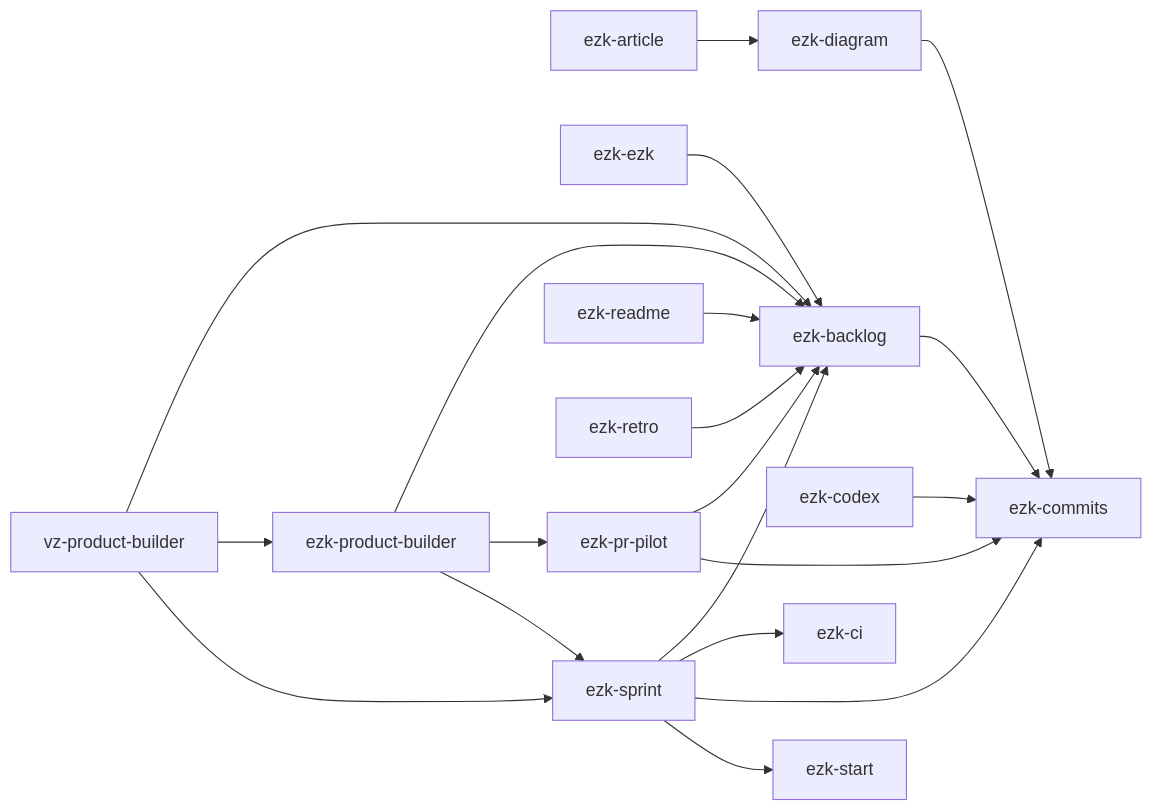
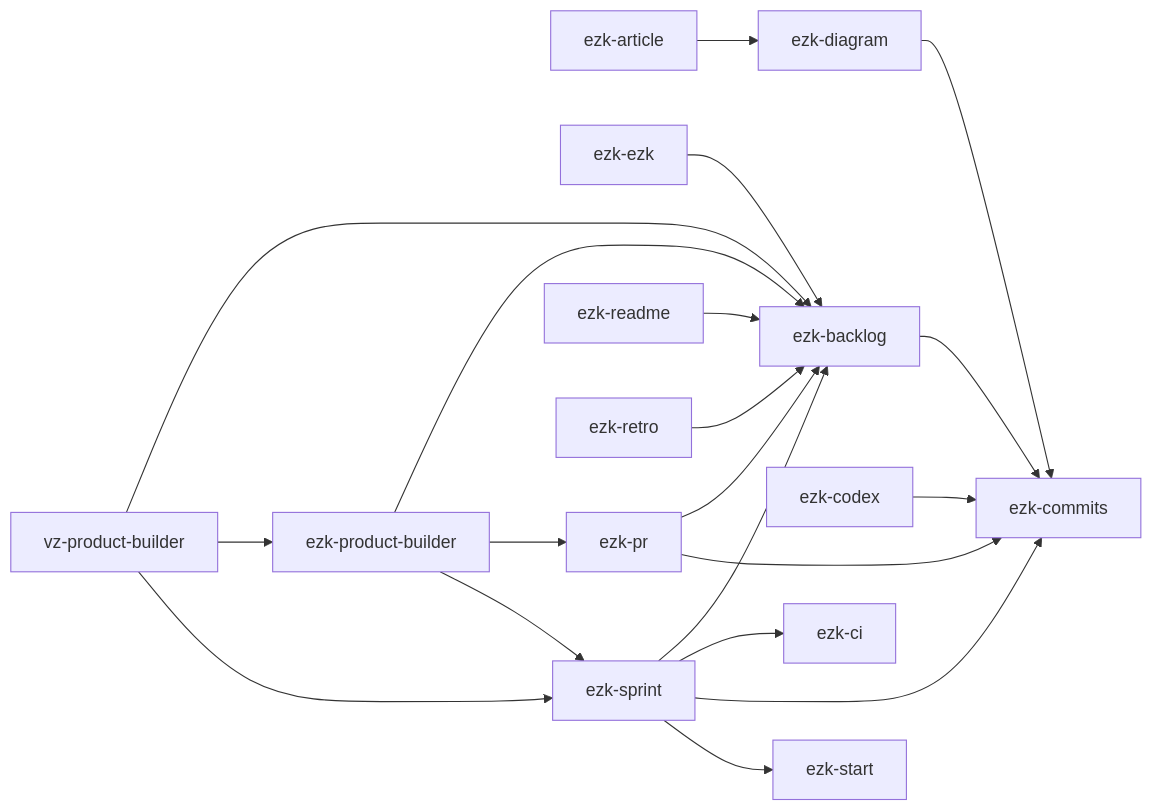
Before and after one commit to elzinko/vectorz: the diagram in products/mega-city/skills/README.md, drawn with Mermaid. The commit also changed other lines of this file and 53 other files, not shown here.

First line of the commit message:
refactor(method): 4 bandes + rename ezk-pr-pilot→ezk-pr, ezk-tdd→ezk-dev (#158)

````diff
--- a/products/mega-city/skills/README.md
+++ b/products/mega-city/skills/README.md
@@ -50,22 +50,22 @@
 ```mermaid
 flowchart LR
     ezk-article --> ezk-diagram
     ezk-backlog --> ezk-commits
     ezk-codex --> ezk-commits
     ezk-diagram --> ezk-commits
     ezk-ezk --> ezk-backlog
-    ezk-pr-pilot --> ezk-backlog
-    ezk-pr-pilot --> ezk-commits
+    ezk-pr --> ezk-backlog
+    ezk-pr --> ezk-commits
     ezk-product-builder --> ezk-backlog
-    ezk-product-builder --> ezk-pr-pilot
+    ezk-product-builder --> ezk-pr
     ezk-product-builder --> ezk-sprint
     ezk-readme --> ezk-backlog
     ezk-retro --> ezk-backlog
     ezk-sprint --> ezk-backlog
     ezk-sprint --> ezk-ci
     ezk-sprint --> ezk-commits
     ezk-sprint --> ezk-start
     vz-product-builder --> ezk-backlog
     vz-product-builder --> ezk-product-builder
     vz-product-builder --> ezk-sprint
 ```
````
